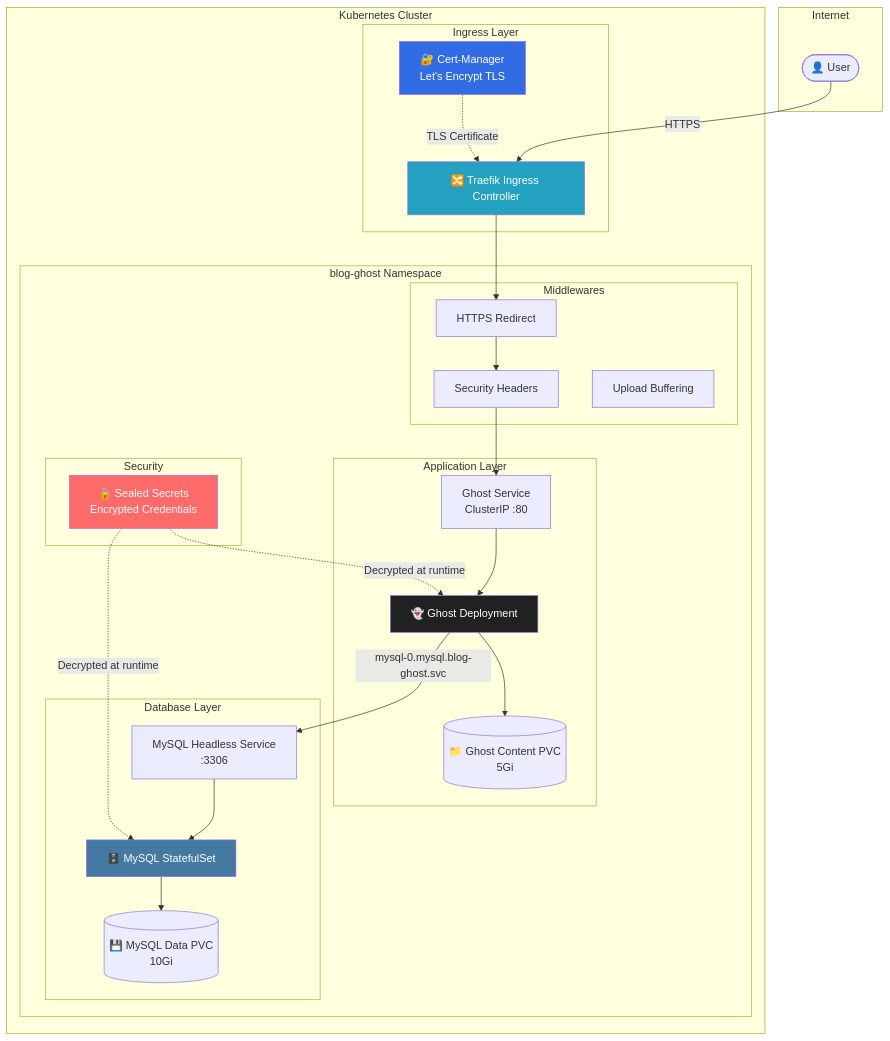
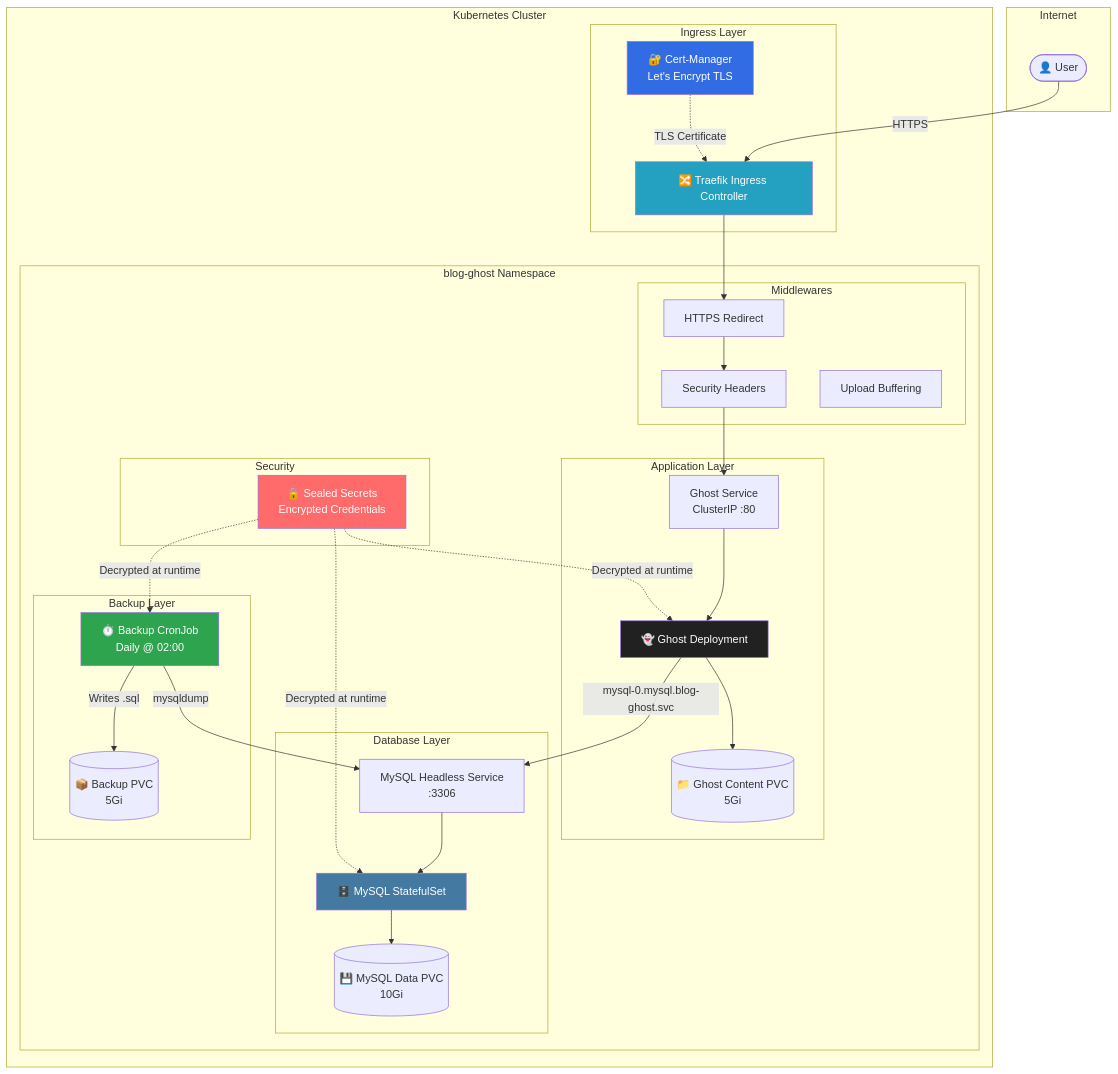
The diagram in README.md (engabelal/k8s-ghost-blog-platform), drawn with Mermaid before and after one commit. The commit also changed other lines of this file, not shown here.

Commit message:
docs: update architecture diagram and add ghost platform overview

````diff
--- a/README.md
+++ b/README.md
@@ -89,54 +104,65 @@
 ```mermaid
 flowchart TB
     subgraph Internet
         User([👤 User])
     end
 
     subgraph Kubernetes Cluster
         subgraph Ingress Layer
             Traefik[🔀 Traefik Ingress Controller]
             CertManager[🔐 Cert-Manager\nLet's Encrypt TLS]
         end
 
         subgraph blog-ghost Namespace
             subgraph Middlewares
                 M1[HTTPS Redirect]
                 M2[Security Headers]
                 M3[Upload Buffering]
             end
 
             subgraph Application Layer
                 GhostDep[👻 Ghost Deployment]
                 GhostSvc[Ghost Service\nClusterIP :80]
                 GhostPVC[(📁 Ghost Content PVC\n5Gi)]
             end
 
             subgraph Database Layer
                 MySQLSS[🗄️ MySQL StatefulSet]
                 MySQLSvc[MySQL Headless Service\n:3306]
                 MySQLPVC[(💾 MySQL Data PVC\n10Gi)]
             end
 
+            subgraph Backup Layer
+                BackupCron[⏱️ Backup CronJob\nDaily @ 02:00]
+                BackupPVC[(📦 Backup PVC\n5Gi)]
+            end
+
             subgraph Security
                 SealedSecret[🔒 Sealed Secrets\nEncrypted Credentials]
             end
         end
     end
 
     User -->|HTTPS| Traefik
     Traefik --> M1 --> M2 --> GhostSvc
     CertManager -.->|TLS Certificate| Traefik
     GhostSvc --> GhostDep
     GhostDep --> GhostPVC
     GhostDep -->|mysql-0.mysql.blog-ghost.svc| MySQLSvc
     MySQLSvc --> MySQLSS
     MySQLSS --> MySQLPVC
+
+    BackupCron -->|mysqldump| MySQLSvc
+    BackupCron -->|Writes .sql| BackupPVC
+
     SealedSecret -.->|Decrypted at runtime| GhostDep
     SealedSecret -.->|Decrypted at runtime| MySQLSS
+    SealedSecret -.->|Decrypted at runtime| BackupCron
 
     style Traefik fill:#24A1C1,color:#fff
     style GhostDep fill:#212121,color:#fff
     style MySQLSS fill:#4479A1,color:#fff
     style SealedSecret fill:#FF6B6B,color:#fff
     style CertManager fill:#326CE5,color:#fff
+    style BackupCron fill:#2ea44f,color:#fff
 ```
````
